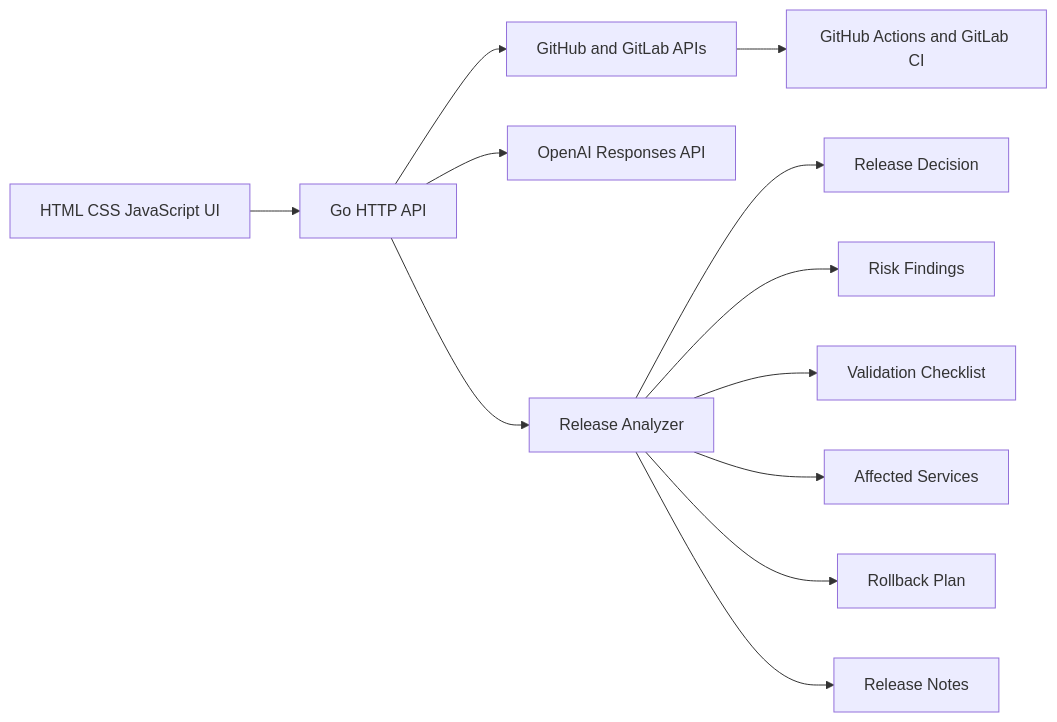
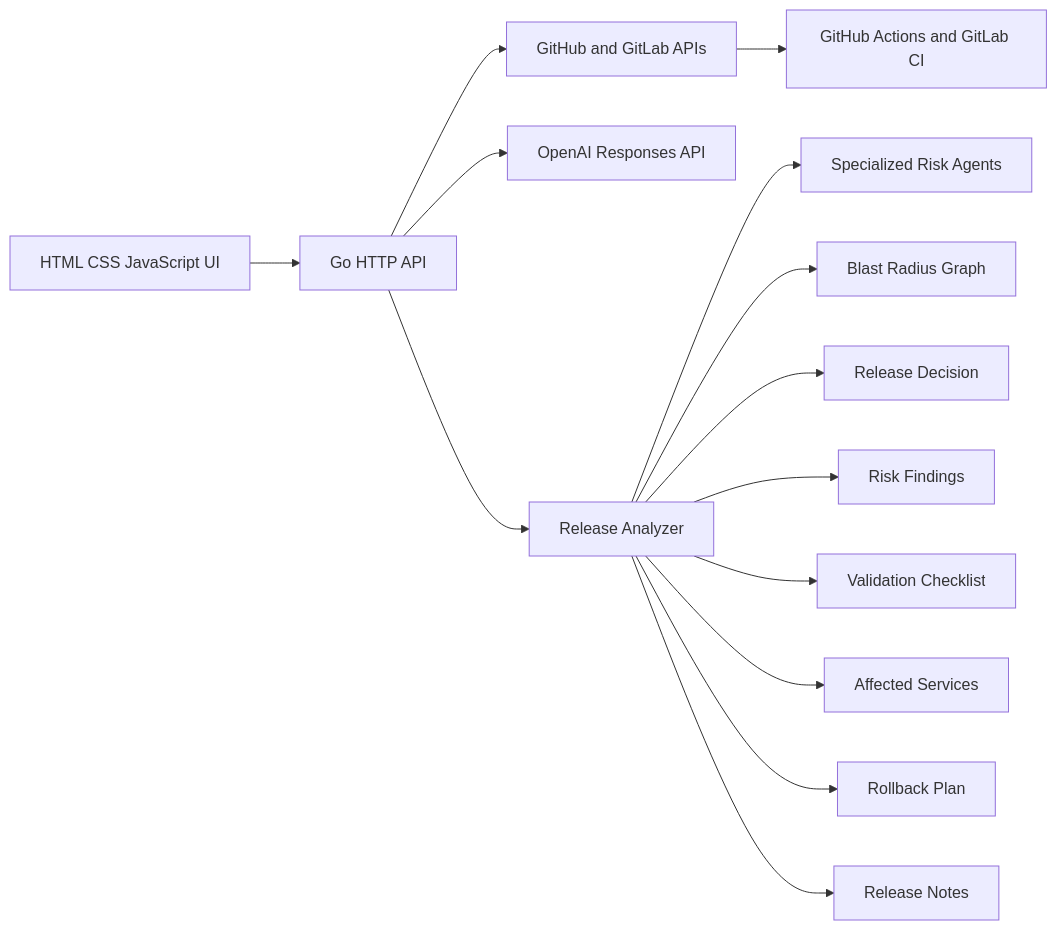
The second of 2 diagrams in README.md (gaurangkudale/ReleasePilot), drawn with Mermaid before and after one commit. The commit also changed other lines of this file and 6 other files, not shown here.

````diff
--- a/README.md
+++ b/README.md
@@ -50,14 +53,16 @@
 ```mermaid
 flowchart LR
     UI[HTML CSS JavaScript UI] --> API[Go HTTP API]
     API --> Providers[GitHub and GitLab APIs]
     Providers --> CI[GitHub Actions and GitLab CI]
     API --> OpenAI[OpenAI Responses API]
     API --> Analyzer[Release Analyzer]
+    Analyzer --> Agents[Specialized Risk Agents]
+    Analyzer --> Blast[Blast Radius Graph]
     Analyzer --> Decision[Release Decision]
     Analyzer --> Risks[Risk Findings]
     Analyzer --> Checks[Validation Checklist]
     Analyzer --> Impact[Affected Services]
     Analyzer --> Rollback[Rollback Plan]
     Analyzer --> Notes[Release Notes]
 ```
````
